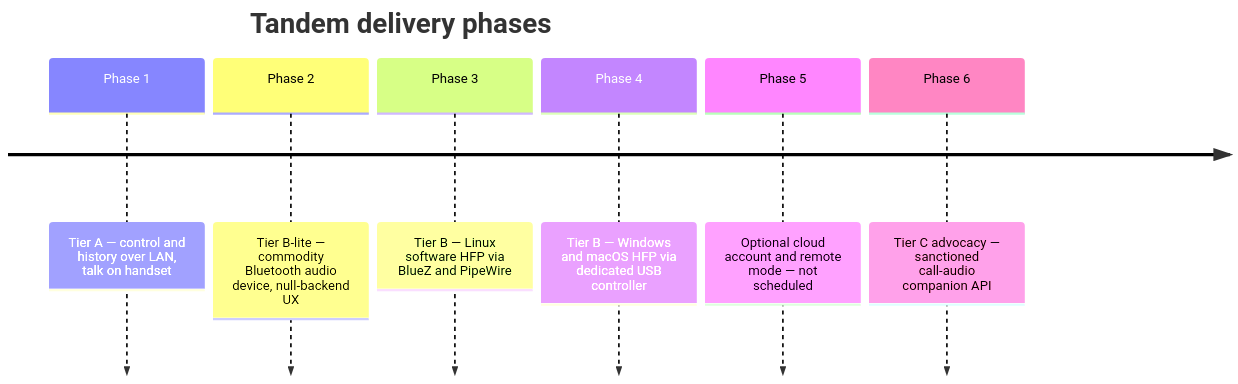
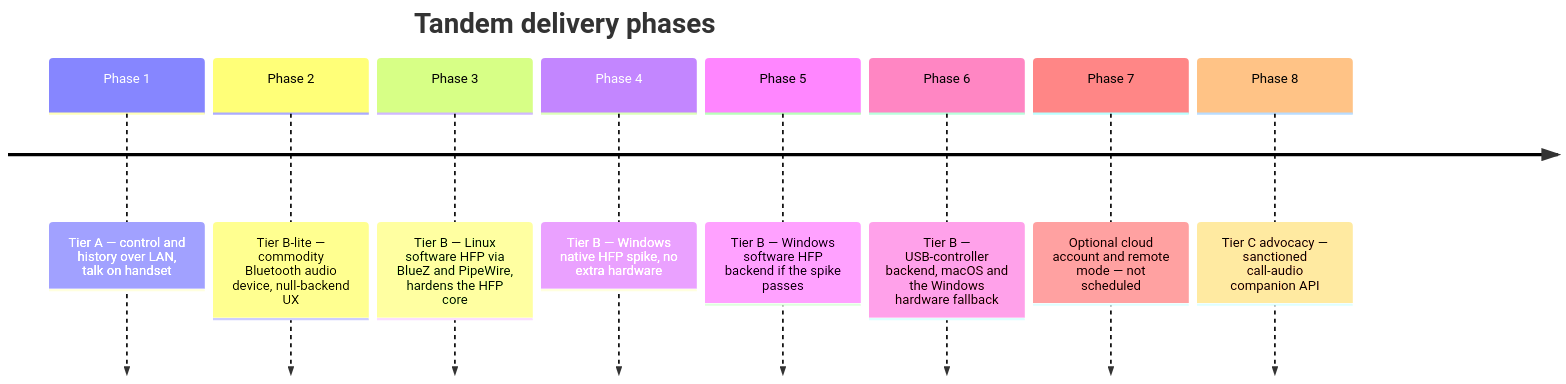
One commit to balrajsingh165/Tandem changed the first of 2 diagrams in docs/16-roadmap.md. Above: the diagram before and after it, drawn with Mermaid. The commit also changed other lines of this file and 7 other files, not shown here.

Commit message:
docs: integrate windows audio track and restore linux and dongle phases

````diff
--- a/docs/16-roadmap.md
+++ b/docs/16-roadmap.md
@@ -30,10 +30,12 @@
 ```mermaid
 timeline
     title Tandem delivery phases
     Phase 1 : Tier A — control and history over LAN, talk on handset
     Phase 2 : Tier B-lite — commodity Bluetooth audio device, null-backend UX
-    Phase 3 : Tier B — Linux software HFP via BlueZ and PipeWire
-    Phase 4 : Tier B — Windows and macOS HFP via dedicated USB controller
-    Phase 5 : Optional cloud account and remote mode — not scheduled
-    Phase 6 : Tier C advocacy — sanctioned call-audio companion API
+    Phase 3 : Tier B — Linux software HFP via BlueZ and PipeWire, hardens the HFP core
+    Phase 4 : Tier B — Windows native HFP spike, no extra hardware
+    Phase 5 : Tier B — Windows software HFP backend if the spike passes
+    Phase 6 : Tier B — USB-controller backend, macOS and the Windows hardware fallback
+    Phase 7 : Optional cloud account and remote mode — not scheduled
+    Phase 8 : Tier C advocacy — sanctioned call-audio companion API
 ```
````
